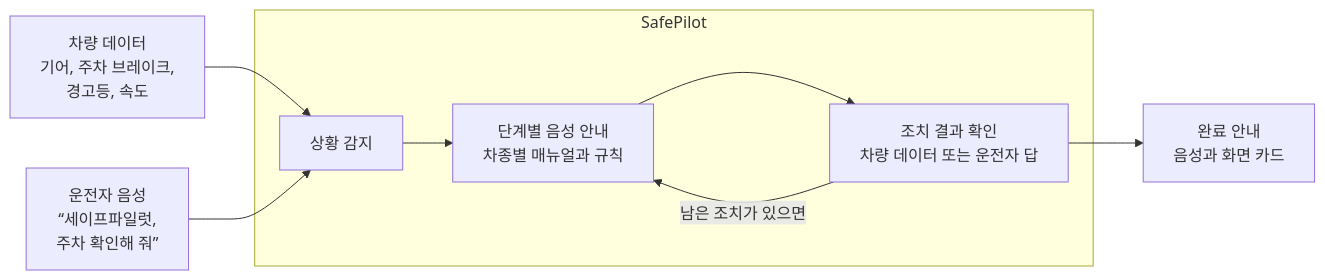
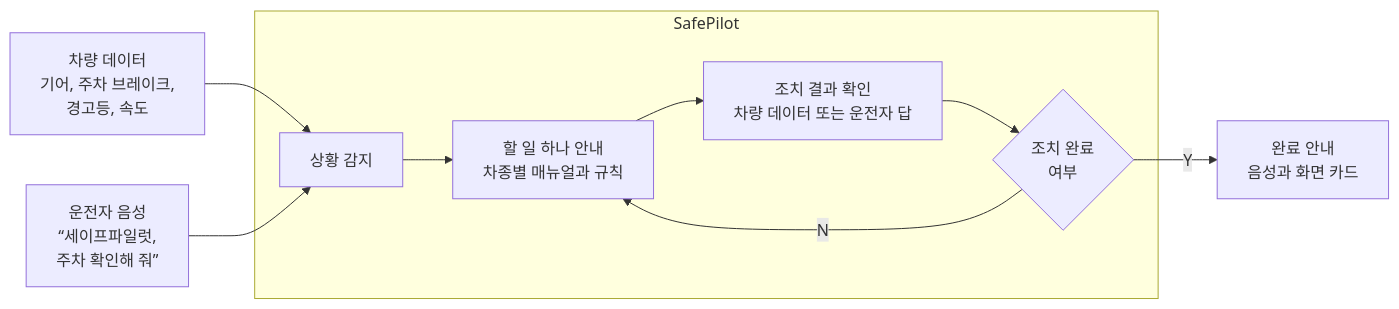
One commit to rex-next-labs/SafePilot changed the diagram in proposal/diagrams/01_how_it_works.mmd. Above: the diagram before and after it, drawn with Mermaid. The commit also changed 1 other file, not shown here.

```diff
--- a/proposal/diagrams/01_how_it_works.mmd
+++ b/proposal/diagrams/01_how_it_works.mmd
@@ -1,9 +1,10 @@
 flowchart LR
     A["차량 데이터<br/>기어, 주차 브레이크,<br/>경고등, 속도"] --> C
     B["운전자 음성<br/>“세이프파일럿,<br/>주차 확인해 줘”"] --> C
     subgraph SP["SafePilot"]
-        C["상황 감지"] --> D["단계별 음성 안내<br/>차종별 매뉴얼과 규칙"]
+        C["상황 감지"] --> D["할 일 하나 안내<br/>차종별 매뉴얼과 규칙"]
         D --> E["조치 결과 확인<br/>차량 데이터 또는 운전자 답"]
-        E -- "남은 조치가 있으면" --> D
+        E --> G{"조치 완료<br/>여부"}
+        G -- "N" --> D
     end
-    E --> F["완료 안내<br/>음성과 화면 카드"]
+    G -- "Y" --> F["완료 안내<br/>음성과 화면 카드"]
```
